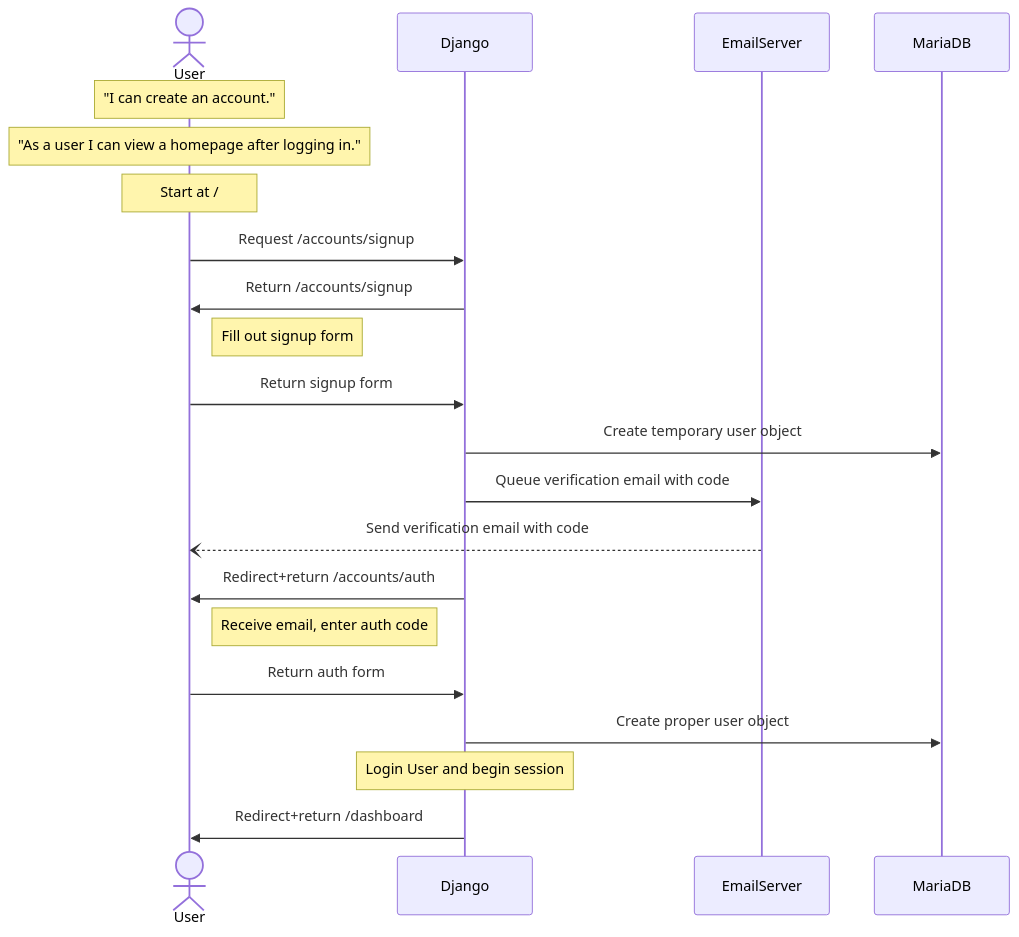
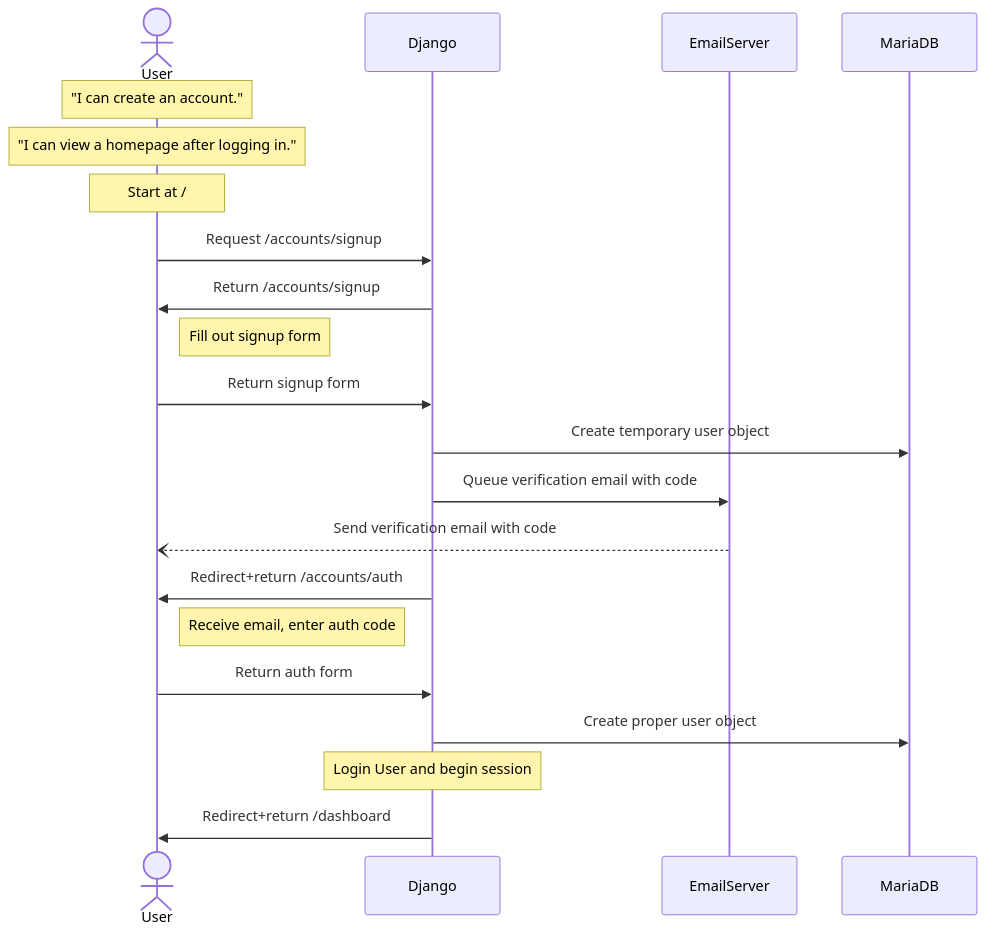
Before and after one commit to familycrest/personal-finance-tracker: the diagram in docs/use_case_sequences/signup.mermaid, drawn with Mermaid. The commit also changed 1 other file, not shown here.

Commit message:
add template, correct inconsistency in signup diagram

```diff
--- a/docs/use_case_sequences/signup.mermaid
+++ b/docs/use_case_sequences/signup.mermaid
@@ -1,30 +1,30 @@
 sequenceDiagram
     actor User
     participant Django
     participant EmailServer
     participant MariaDB
 
     Note over User: "I can create an account."
-    Note over User: "As a user I can view a homepage after logging in."
+    Note over User: "I can view a homepage after logging in."
     Note over User: Start at /  
 
     User->>Django: Request /accounts/signup
     Django->>User: Return /accounts/signup
     
     Note right of User: Fill out signup form
 
     User->>Django: Return signup form
     Django->>MariaDB: Create temporary user object
     Django->>EmailServer: Queue verification email with code
     EmailServer--)User: Send verification email with code
     
     Django->>User: Redirect+return /accounts/auth
 
     Note right of User: Receive email, enter auth code
     
     User->>Django: Return auth form
     Django->>MariaDB: Create proper user object
     
     Note over Django: Login User and begin session
 
     Django->>User: Redirect+return /dashboard
```
